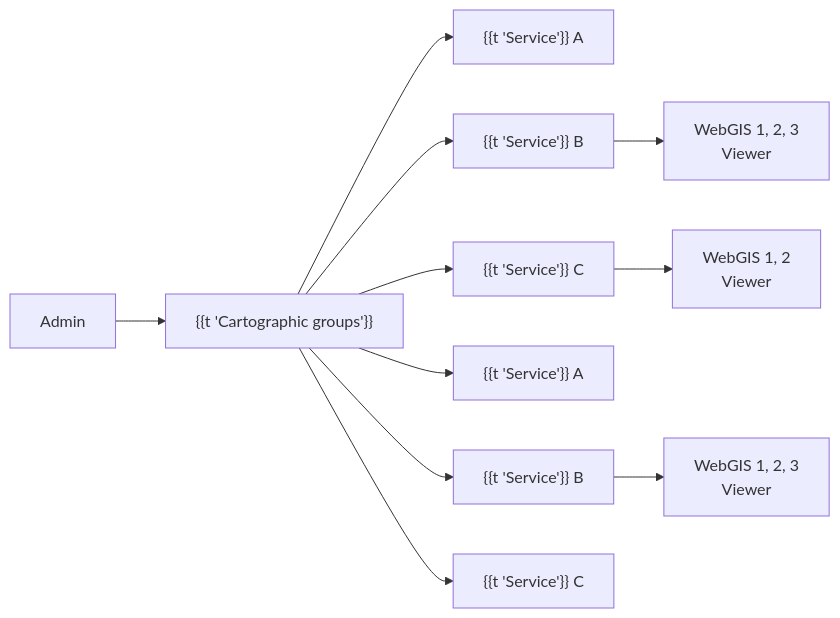
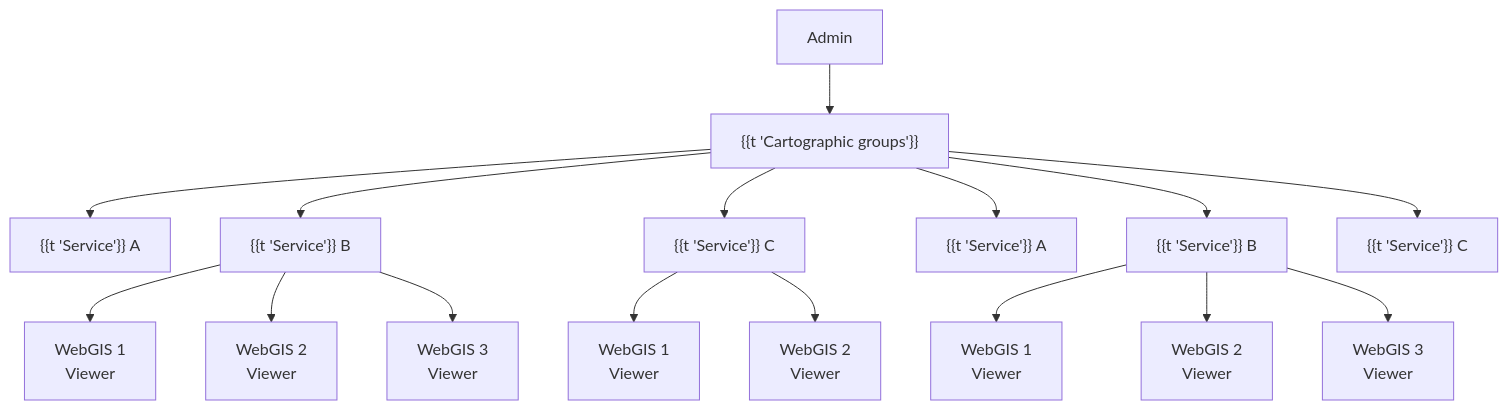
One commit to g3w-suite/g3w-suite.github.io changed the first of 5 diagrams in src/docs/organization-examples.md. Above: the diagram before and after it, drawn with Mermaid. The commit also changed other lines of this file and 1 other file, not shown here.

Commit message:
docs: diagram orientations

````diff
--- a/src/docs/organization-examples.md
+++ b/src/docs/organization-examples.md
@@ -18,8 +18,8 @@
 ```mermaid {{t 'Basic organization on one level: Admin manages cartographic groups directly, and viewers can access authorized WebGIS services'}}
-flowchart LR
+flowchart TB
   admin["Admin"] --> groups["{{t 'Cartographic groups'}}"]
   groups --> a1["{{t 'Service'}} A"] & a2["{{t 'Service'}} B"] & a3["{{t 'Service'}} C"] & b1["{{t 'Service'}} A"] & b2["{{t 'Service'}} B"] & b3["{{t 'Service'}} C"]
-  a2 --> w1["WebGIS 1, 2, 3<br/>Viewer"]
-  a3 --> w2["WebGIS 1, 2<br/>Viewer"]
-  b2 --> w3["WebGIS 1, 2, 3<br/>Viewer"]
+  a2 --> a2w1["WebGIS 1<br/>Viewer"] & a2w2["WebGIS 2<br/>Viewer"] & a2w3["WebGIS 3<br/>Viewer"]
+  a3 --> a3w1["WebGIS 1<br/>Viewer"] & a3w2["WebGIS 2<br/>Viewer"]
+  b2 --> b2w1["WebGIS 1<br/>Viewer"] & b2w2["WebGIS 2<br/>Viewer"] & b2w3["WebGIS 3<br/>Viewer"]
 ```
````
